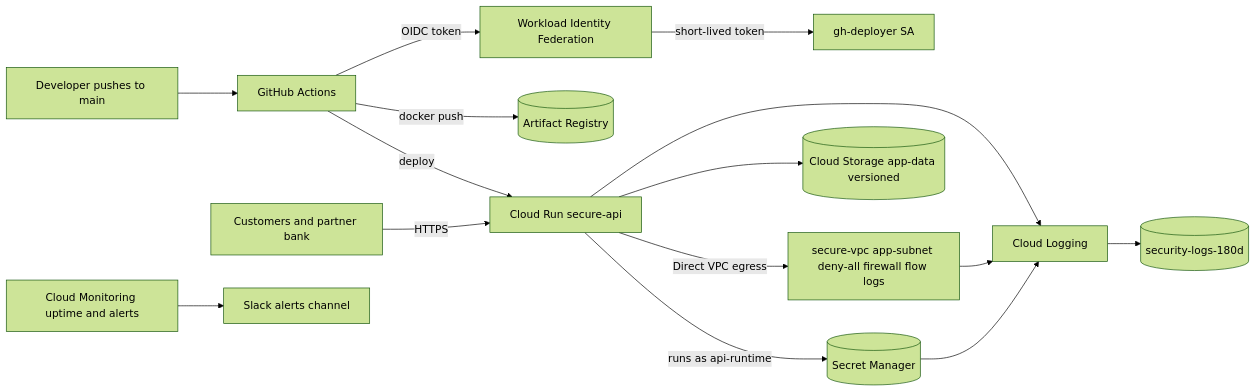
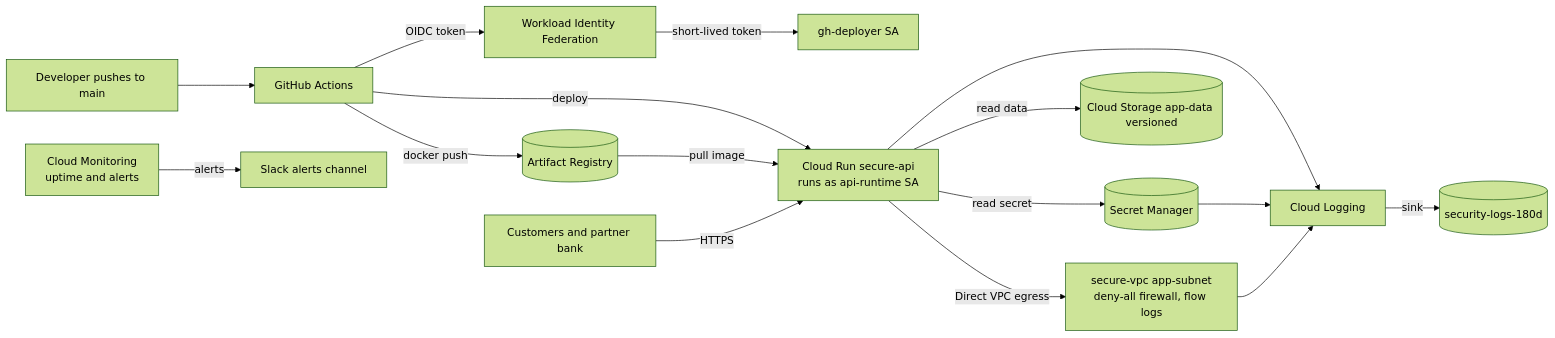
One commit to Emmanuel-25-Ibegbu/gcp-secure-cloudrun changed the diagram in docs/architecture.md. Above: the diagram before and after it, drawn with Mermaid (forest theme). The commit also changed other lines of this file and 1 other file, not shown here.

Commit message:
docs: align Mermaid diagram with draw.io diagram
Why: Both diagrams must show the same flows for the review

Undo: git revert this commit. No cloud change.

````diff
--- a/docs/architecture.md
+++ b/docs/architecture.md
@@ -3,17 +1,18 @@
 ```mermaid
 flowchart LR
   dev[Developer pushes to main] --> gha[GitHub Actions]
   gha -- OIDC token --> wif[Workload Identity Federation]
   wif -- short-lived token --> dep[gh-deployer SA]
   gha -- docker push --> ar[(Artifact Registry)]
-  gha -- deploy --> run[Cloud Run secure-api]
+  gha -- deploy --> run[Cloud Run secure-api<br>runs as api-runtime SA]
+  ar -- pull image --> run
   cust[Customers and partner bank] -- HTTPS --> run
-  run -- runs as api-runtime --> sm[(Secret Manager)]
-  run --> gcs[(Cloud Storage app-data versioned)]
-  run -- Direct VPC egress --> vpc[secure-vpc app-subnet deny-all firewall flow logs]
+  run -- read secret --> sm[(Secret Manager)]
+  run -- read data --> gcs[(Cloud Storage app-data versioned)]
+  run -- Direct VPC egress --> vpc[secure-vpc app-subnet<br>deny-all firewall, flow logs]
   run --> logs[Cloud Logging]
+  sm --> logs
   vpc --> logs
-  sm --> logs
-  logs --> lb[(security-logs-180d)]
-  mon[Cloud Monitoring uptime and alerts] --> slack[Slack alerts channel]
+  logs -- sink --> lb[(security-logs-180d)]
+  mon[Cloud Monitoring<br>uptime and alerts] -- alerts --> slack[Slack alerts channel]
 ```
````
